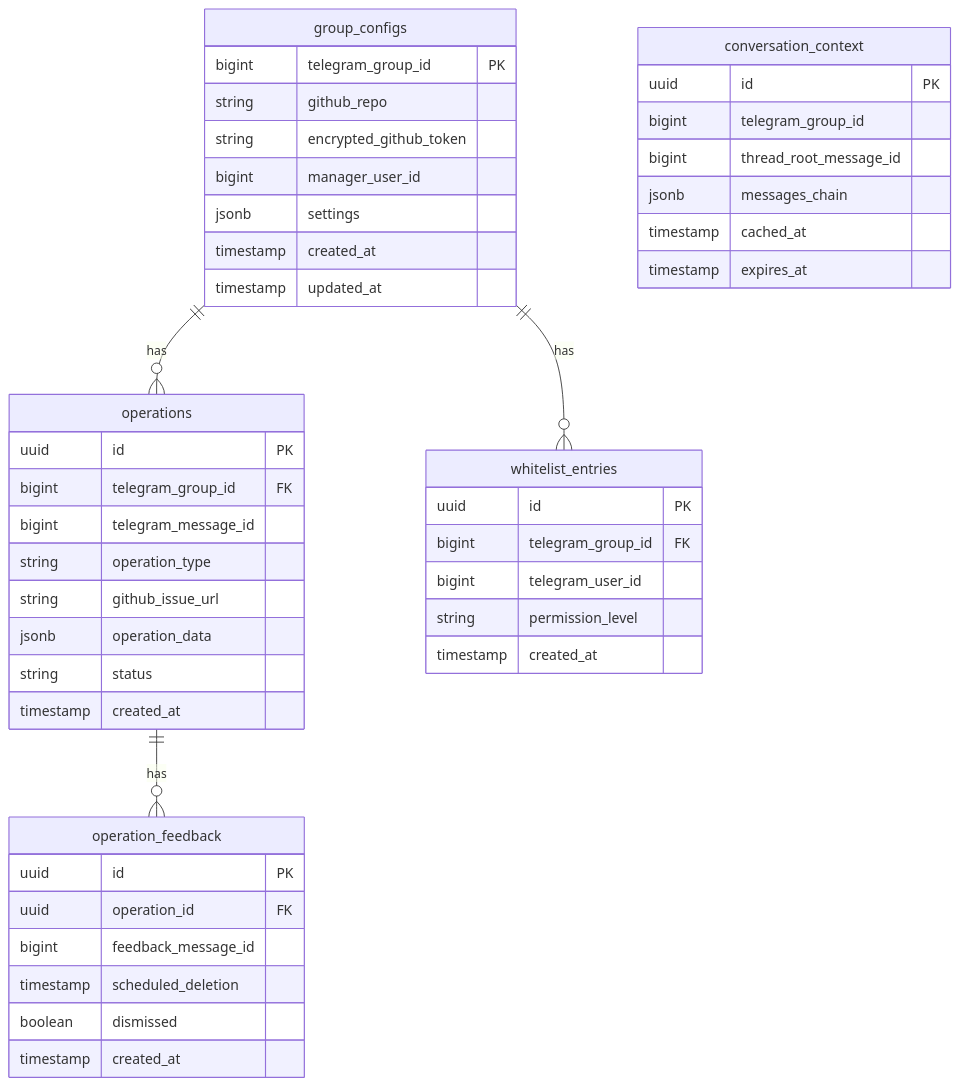
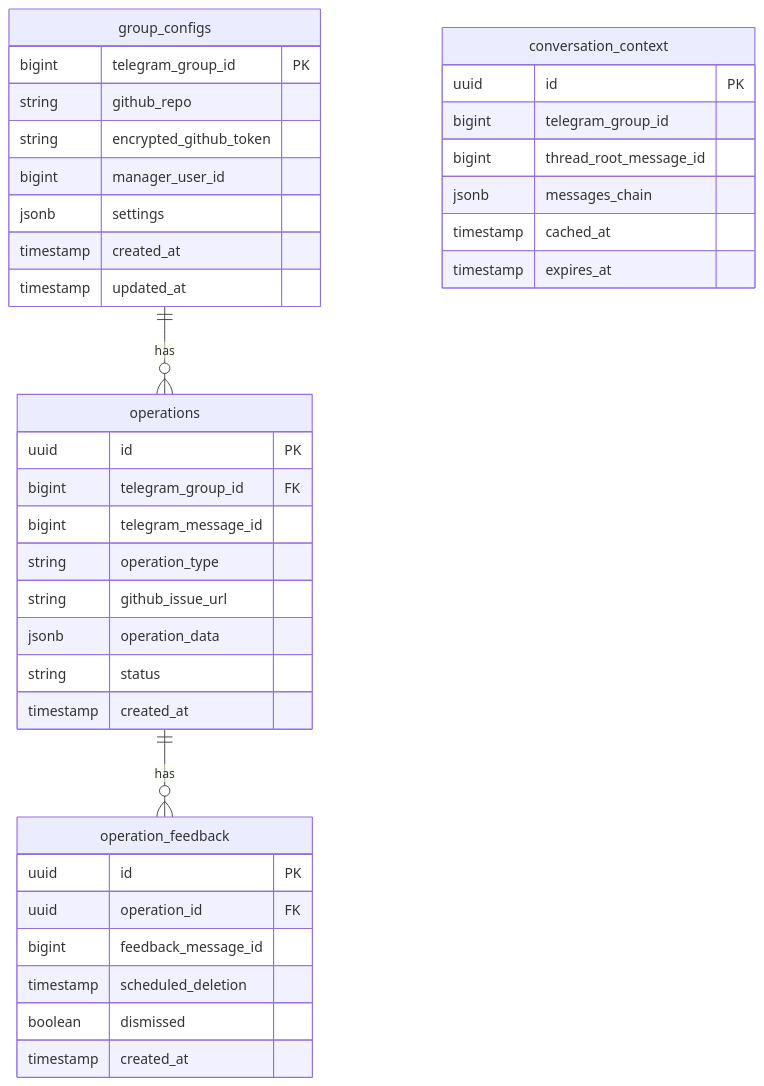
Before and after one commit to majus/telegit: the fifth of 11 diagrams in PRD.md, drawn with Mermaid. The commit also changed other lines of this file and 4 other files, not shown here.

````diff
--- a/PRD.md
+++ b/PRD.md
@@ -423,53 +424,45 @@
 ```mermaid
 erDiagram
     group_configs ||--o{ operations : has
-    group_configs ||--o{ whitelist_entries : has
     operations ||--o{ operation_feedback : has
     
     group_configs {
         bigint telegram_group_id PK
         string github_repo
         string encrypted_github_token
         bigint manager_user_id
         jsonb settings
         timestamp created_at
         timestamp updated_at
     }
     
     operations {
         uuid id PK
         bigint telegram_group_id FK
         bigint telegram_message_id
         string operation_type
         string github_issue_url
         jsonb operation_data
         string status
         timestamp created_at
     }
     
     operation_feedback {
         uuid id PK
         uuid operation_id FK
         bigint feedback_message_id
         timestamp scheduled_deletion
         boolean dismissed
         timestamp created_at
     }
     
-    whitelist_entries {
-        uuid id PK
-        bigint telegram_group_id FK
-        bigint telegram_user_id
-        string permission_level
-        timestamp created_at
-    }
     
     conversation_context {
         uuid id PK
         bigint telegram_group_id
         bigint thread_root_message_id
         jsonb messages_chain
         timestamp cached_at
         timestamp expires_at
     }
 ```
````
